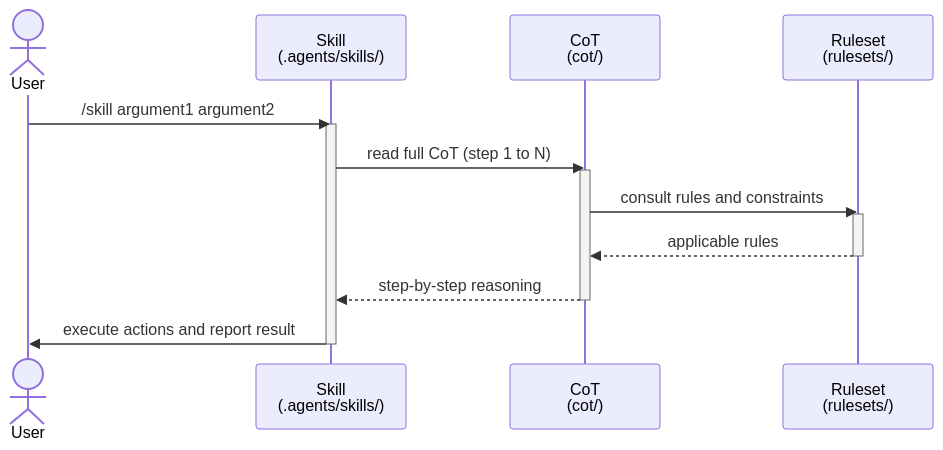
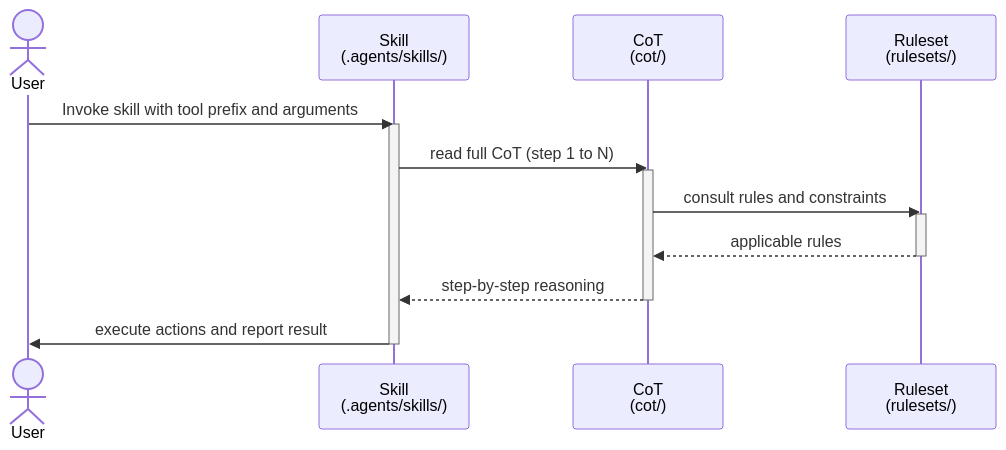
Before and after one commit to incogniaops/rules: the second of 2 diagrams in README.md, drawn with Mermaid. The commit also changed other lines of this file and 1 other file, not shown here.

First line of the commit message:
docs: clarify skill invocation across coding agents

````diff
--- a/README.md
+++ b/README.md
@@ -238,20 +250,20 @@
 ```mermaid
 sequenceDiagram
     actor U as User
     participant S as Skill<br/>(.agents/skills/)
     participant C as CoT<br/>(cot/)
     participant R as Ruleset<br/>(rulesets/)
 
-    U->>S: /skill argument1 argument2
+    U->>S: Invoke skill with tool prefix and arguments
     activate S
     S->>C: read full CoT (step 1 to N)
     activate C
     C->>R: consult rules and constraints
     activate R
     R-->>C: applicable rules
     deactivate R
     C-->>S: step-by-step reasoning
     deactivate C
     S->>U: execute actions and report result
     deactivate S
 ```
````
